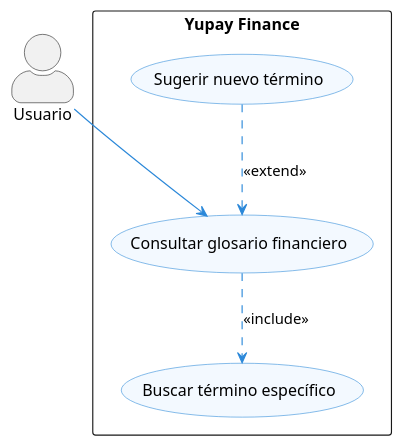
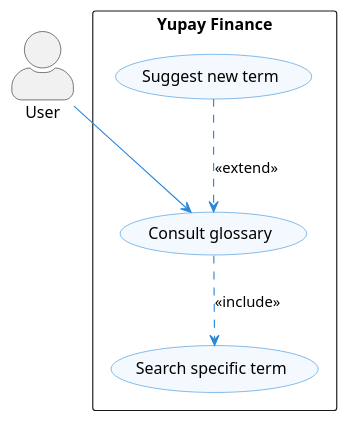
One commit to Rhoy16/yupay-finance-docs changed the diagram in ConsultarGlosarioFinancieroCUS.puml. Above: the diagram before and after it, drawn with PlantUML. The commit also changed 21 other files, not shown here.

Commit message:
Refactor UML diagrams: translate to English and apply standard naming conventions

```diff
--- a/ConsultarGlosarioFinancieroCUS.puml
+++ b/ConsultarGlosarioFinancieroCUS.puml
@@ -1,27 +1,27 @@
 @startuml "Casos de Uso - Consultar Glosario Financiero"
 
 ' Estilo profesional y limpio
 skinparam actorStyle awesome
 skinparam packageStyle rectangle
 skinparam usecase {
     BackgroundColor #F3F9FF
     BorderColor #2B88D9
     ArrowColor #2B88D9
     ActorBorderColor #2B88D9
     ActorBackgroundColor #F3F9FF
 }
 
-actor "Usuario" as user
+actor "User" as user
 
 package "Yupay Finance" {
-    usecase "Consultar glosario financiero" as UC_glosario
-    usecase "Buscar término específico" as UC_buscar
-    usecase "Sugerir nuevo término" as UC_sugerir
+    usecase "Consult glossary" as UC_glosario
+    usecase "Search specific term" as UC_buscar
+    usecase "Suggest new term" as UC_sugerir
 }
 
 user --> UC_glosario
 
 UC_glosario ..> UC_buscar : <<include>>
 UC_sugerir ..> UC_glosario : <<extend>>
 
 @enduml
```
